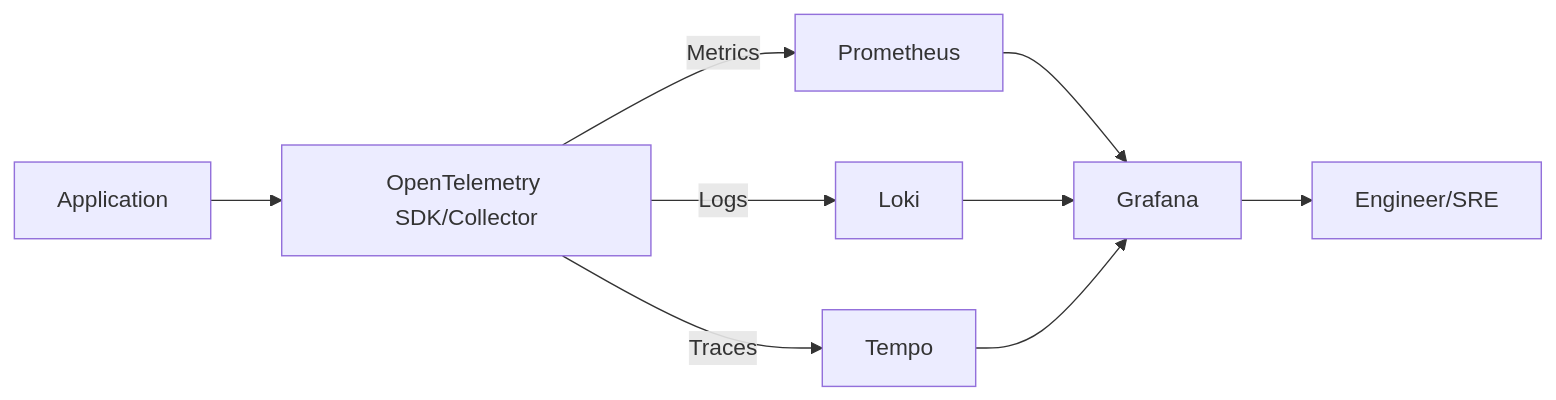
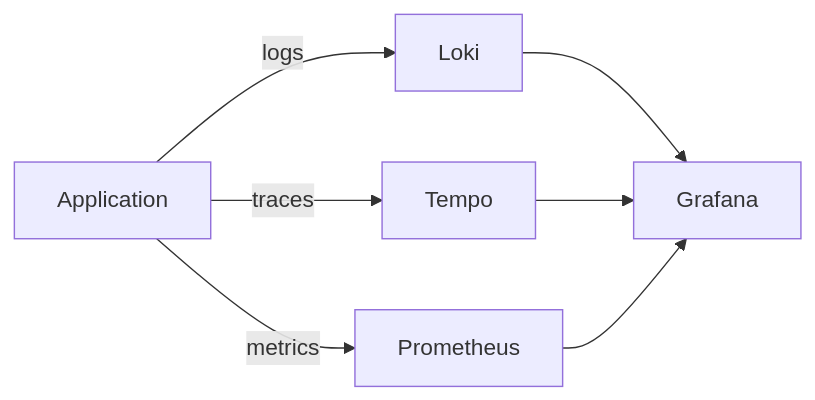
The first of 3 diagrams in _wiki/grafana-loki-tempo.md (currenjin/currenjin.github.io), drawn with Mermaid before and after one commit. The commit also changed other lines of this file and 1 other file, not shown here.

Commit message:
Docs: Add Grafana/Loki/Tempo observability guide and index link

````diff
--- a/_wiki/grafana-loki-tempo.md
+++ b/_wiki/grafana-loki-tempo.md
@@ -60,17 +38,9 @@
 ```mermaid
 flowchart LR
-  App[Application]
-  OTel[OpenTelemetry SDK/Collector]
-
-  App --> OTel
-
-  OTel -->|Metrics| Prom[Prometheus]
-  OTel -->|Logs| Loki[Loki]
-  OTel -->|Traces| Tempo[Tempo]
-
-  Prom --> Grafana[Grafana]
+  App[Application] -->|logs| Loki
+  App -->|traces| Tempo
+  App -->|metrics| Prometheus
   Loki --> Grafana
   Tempo --> Grafana
-
-  Grafana --> User[Engineer/SRE]
+  Prometheus --> Grafana
 ```
````
